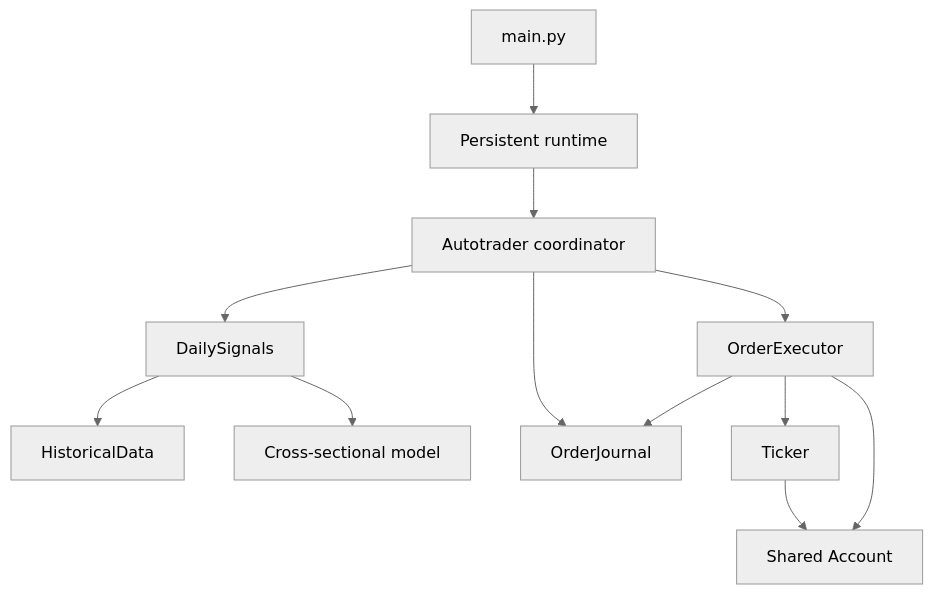
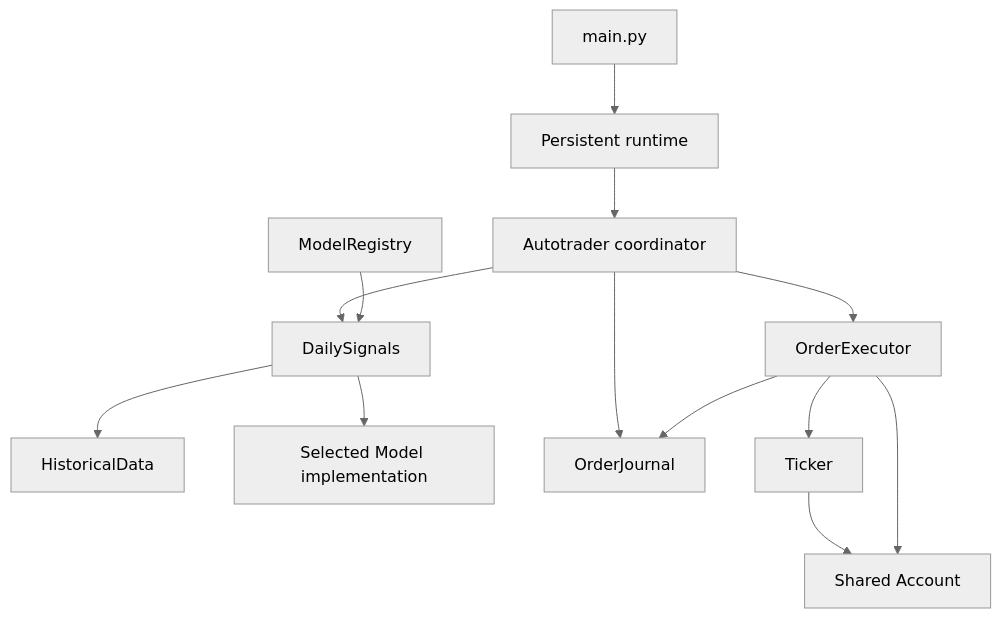
One commit to wecet/ai-based-autotrader changed the diagram in docs/development.md. Above: the diagram before and after it, drawn with Mermaid (neutral theme). The commit also changed other lines of this file and 51 other files, not shown here.

````diff
--- a/docs/development.md
+++ b/docs/development.md
@@ -55,14 +57,15 @@
 ```mermaid
 flowchart TD
     Main[main.py] --> Runtime[Persistent runtime]
     Runtime --> Trader[Autotrader coordinator]
     Trader --> Signals[DailySignals]
     Signals --> History[HistoricalData]
-    Signals --> Model[Cross-sectional model]
+    Signals --> Model[Selected Model implementation]
+    Registry[ModelRegistry] --> Signals
     Trader --> Executor[OrderExecutor]
     Trader --> Journal[OrderJournal]
     Executor --> Journal
     Executor --> Ticker[Ticker]
     Ticker --> Account[Shared Account]
     Executor --> Account
 ```
````
